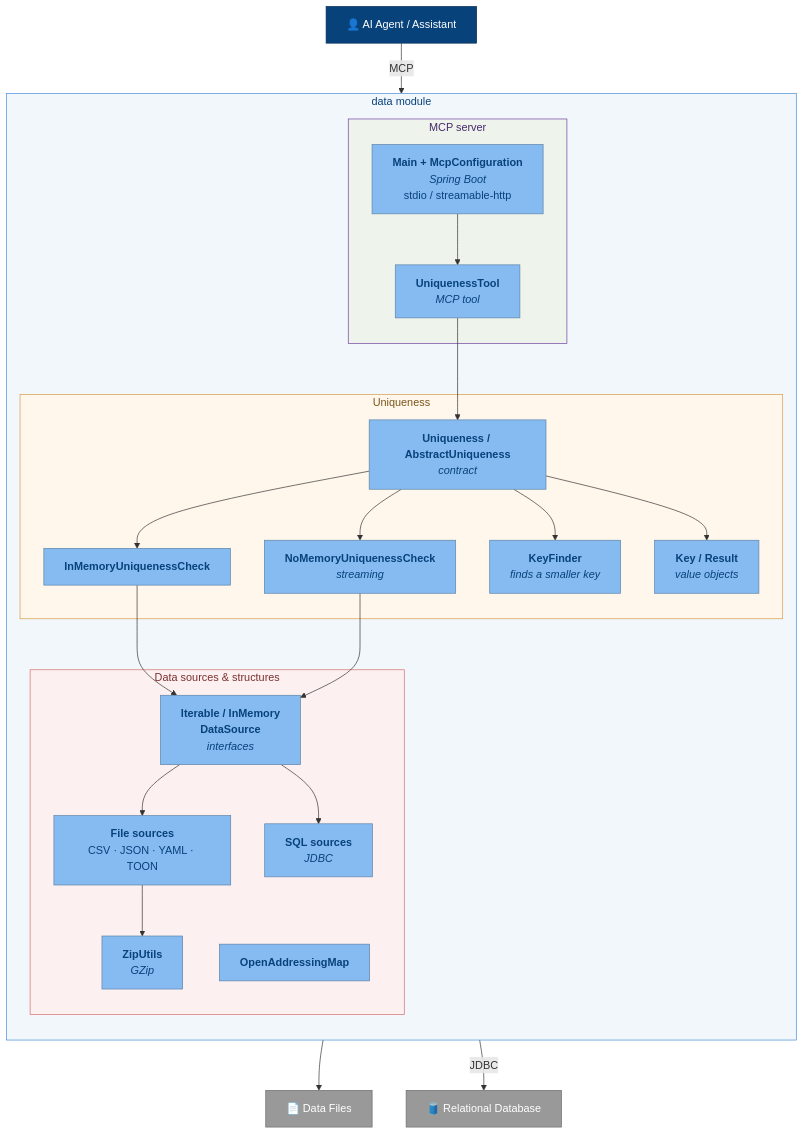
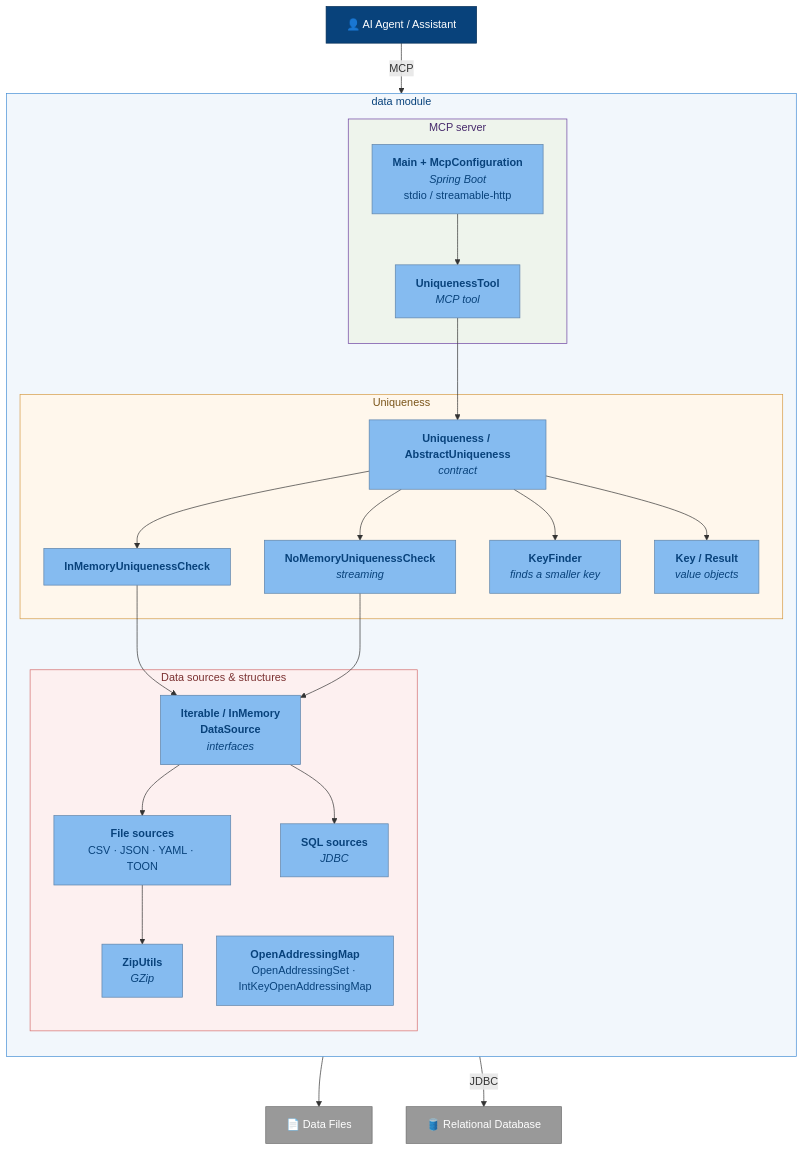
The third of 4 diagrams in docs/c4-architecture.md (adamw7/tools), drawn with Mermaid before and after one commit. The commit also changed other lines of this file and 3 other files, not shown here.

````diff
--- a/docs/c4-architecture.md
+++ b/docs/c4-architecture.md
@@ -126,58 +126,58 @@
 ```mermaid
 flowchart TB
     agent["👤 AI Agent / Assistant"]
 
     subgraph data ["data module"]
         direction TB
 
         subgraph mcpLayer ["MCP server"]
             mcpMain["<b>Main + McpConfiguration</b><br/><i>Spring Boot</i><br/>stdio / streamable-http"]
             uniqTool["<b>UniquenessTool</b><br/><i>MCP tool</i>"]
         end
 
         subgraph uniq ["Uniqueness"]
             uniqApi["<b>Uniqueness / AbstractUniqueness</b><br/><i>contract</i>"]
             inMem["<b>InMemoryUniquenessCheck</b>"]
             noMem["<b>NoMemoryUniquenessCheck</b><br/><i>streaming</i>"]
             keyFinder["<b>KeyFinder</b><br/><i>finds a smaller key</i>"]
             result["<b>Key / Result</b><br/><i>value objects</i>"]
         end
 
         subgraph srcs ["Data sources & structures"]
             srcIfc["<b>Iterable / InMemory<br/>DataSource</b><br/><i>interfaces</i>"]
             fileSrc["<b>File sources</b><br/>CSV · JSON · YAML · TOON"]
             dbSrc["<b>SQL sources</b><br/><i>JDBC</i>"]
             compression["<b>ZipUtils</b><br/><i>GZip</i>"]
-            structure["<b>OpenAddressingMap</b>"]
+            structure["<b>OpenAddressingMap</b><br/>OpenAddressingSet · IntKeyOpenAddressingMap"]
         end
     end
 
     db["🛢️ Relational Database"]
     files["📄 Data Files"]
 
     agent -->|"MCP"| mcpMain
     mcpMain --> uniqTool
     uniqTool --> uniqApi
     uniqApi --> inMem
     uniqApi --> noMem
     uniqApi --> keyFinder
     uniqApi --> result
     inMem --> srcIfc
     noMem --> srcIfc
     srcIfc --> fileSrc
     srcIfc --> dbSrc
     fileSrc --> compression
     fileSrc --> files
     dbSrc -->|"JDBC"| db
 
     classDef person fill:#08427b,stroke:#052e56,color:#fff
     classDef comp fill:#85bbf0,stroke:#5d82a8,color:#08427b
     classDef ext fill:#999999,stroke:#6b6b6b,color:#fff
     class agent person
     class mcpMain,uniqTool,uniqApi,inMem,noMem,keyFinder,result,srcIfc,fileSrc,dbSrc,compression,structure comp
     class db,files ext
     style data fill:#f2f7fc,stroke:#438dd5,color:#08427b
     style mcpLayer fill:#eef4ec,stroke:#6b3fa0,color:#46296b
     style uniq fill:#fff7ec,stroke:#d59a43,color:#7a5418
     style srcs fill:#fdf0f0,stroke:#d56b6b,color:#7a3030
 ```
````
